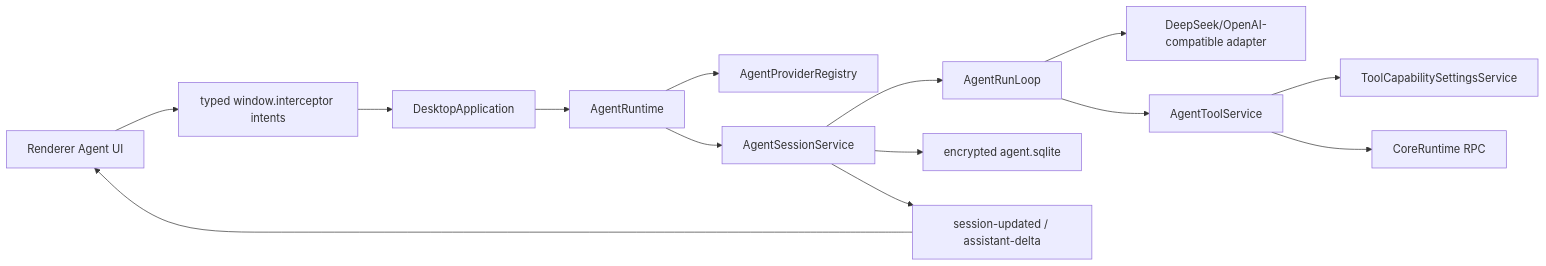
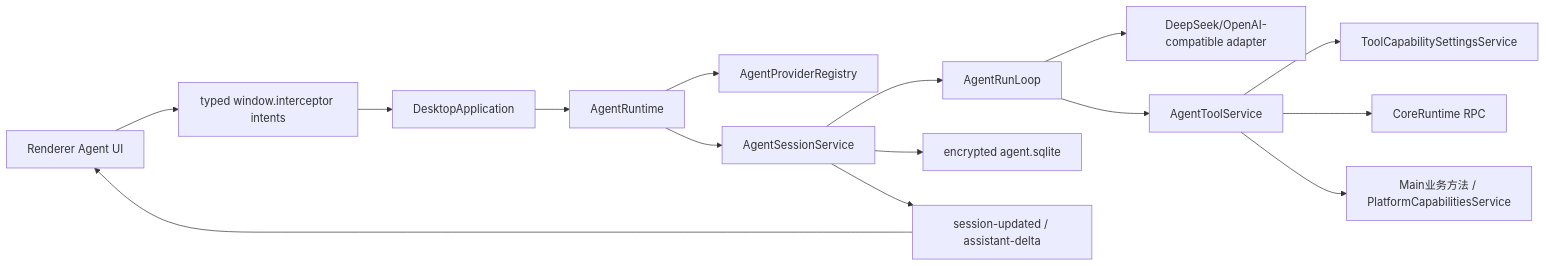
Before and after one commit to zhxmt-xm/Interceptor: the fourth of 4 diagrams in architecture/backlog/deepseek-harness-agent-analysis.md, drawn with Mermaid. The commit also changed other lines of this file and 47 other files, not shown here.

````diff
--- a/architecture/backlog/deepseek-harness-agent-analysis.md
+++ b/architecture/backlog/deepseek-harness-agent-analysis.md
@@ -1060,16 +1058,17 @@
 ```mermaid
 flowchart LR
   UI["Renderer Agent UI"] --> PRELOAD["typed window.interceptor intents"]
   PRELOAD --> MAIN["DesktopApplication"]
   MAIN --> RUNTIME["AgentRuntime"]
   RUNTIME --> PROVIDERS["AgentProviderRegistry"]
   RUNTIME --> SESSIONS["AgentSessionService"]
   SESSIONS --> LOOP["AgentRunLoop"]
   LOOP --> MODEL["DeepSeek/OpenAI-compatible adapter"]
   LOOP --> SOURCE["AgentToolService"]
   SOURCE --> SETTINGS["ToolCapabilitySettingsService"]
   SOURCE --> CORE["CoreRuntime RPC"]
+  SOURCE --> ACTIONS["Main业务方法 / PlatformCapabilitiesService"]
   SESSIONS --> DB["encrypted agent.sqlite"]
   SESSIONS --> EVENTS["session-updated / assistant-delta"]
   EVENTS --> UI
 ```
````
